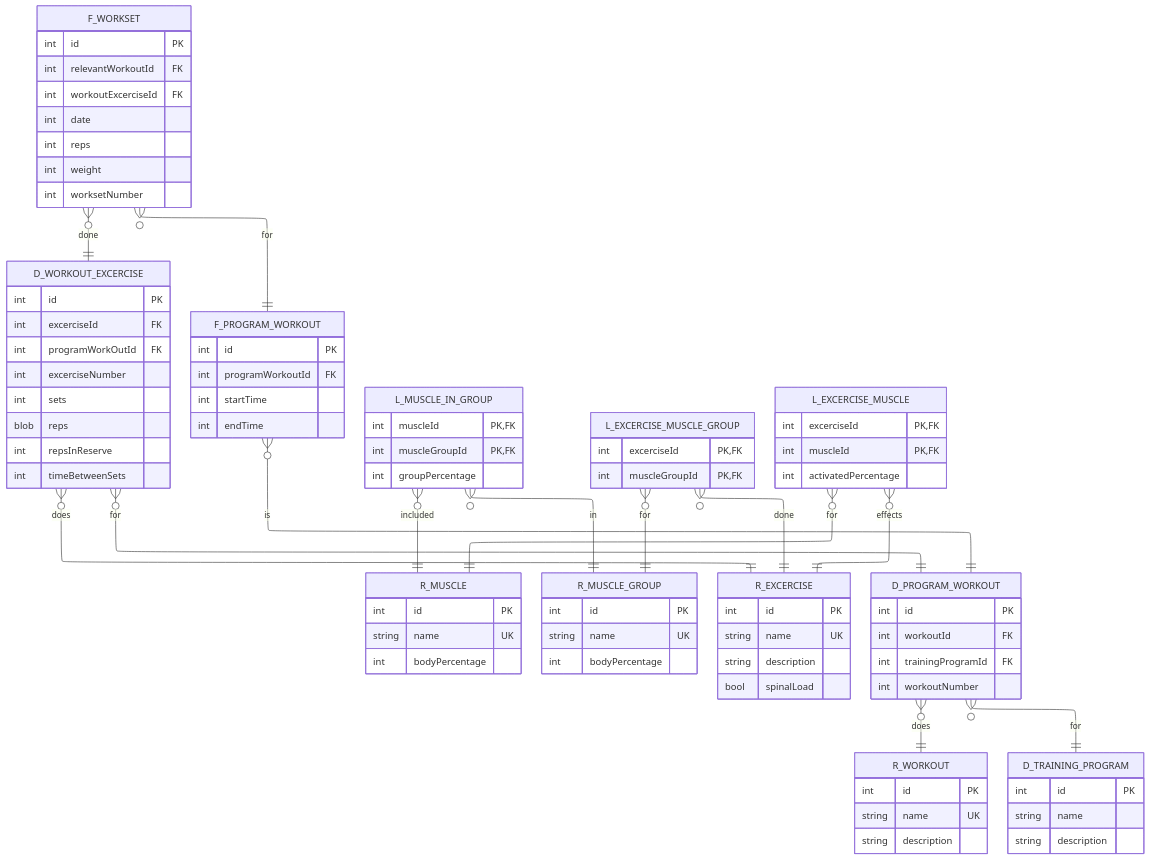
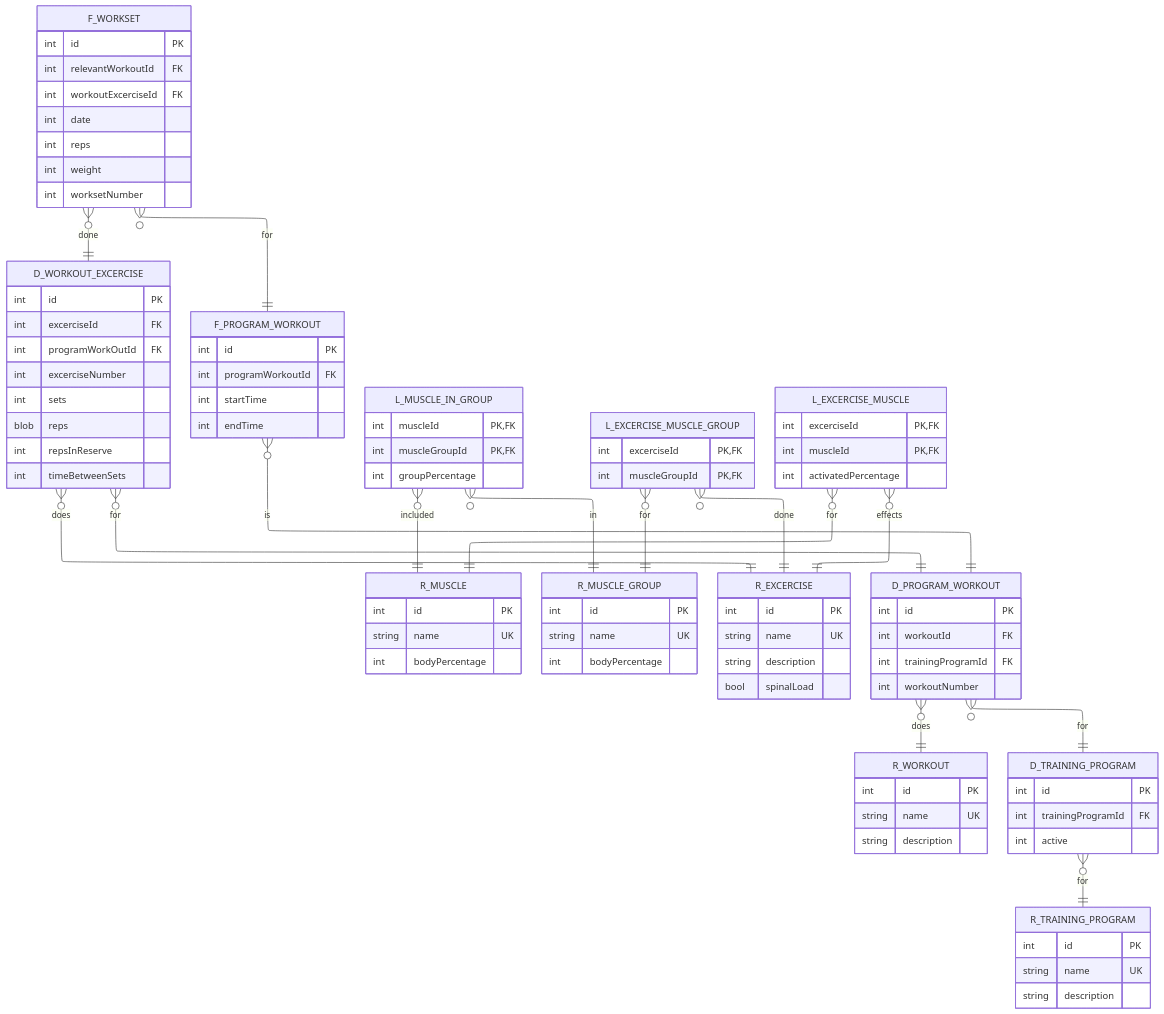
The diagram in README.md (FBGFi/workout-analyzer), drawn with Mermaid before and after one commit. The commit also changed 3 other files, not shown here.

Commit message:
fix training program model

```diff
--- a/README.md
+++ b/README.md
@@ -29,12 +29,18 @@
       string name UK
       string description
     }
+    R_TRAINING_PROGRAM {
+      int id PK
+      string name UK
+      string description
+    }
 
     D_TRAINING_PROGRAM {
       int id PK
-      string name
-      string description
+      int trainingProgramId FK
+      int active
     }
+    D_TRAINING_PROGRAM }o--|| R_TRAINING_PROGRAM : for
     D_PROGRAM_WORKOUT {
       int id PK
       int workoutId FK
```
